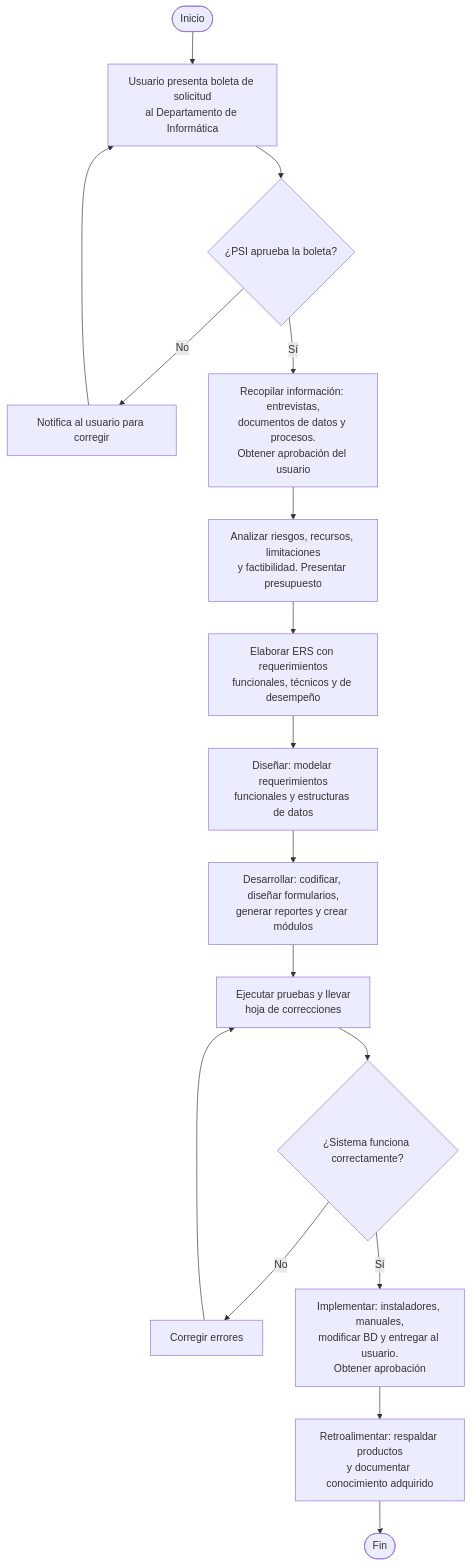
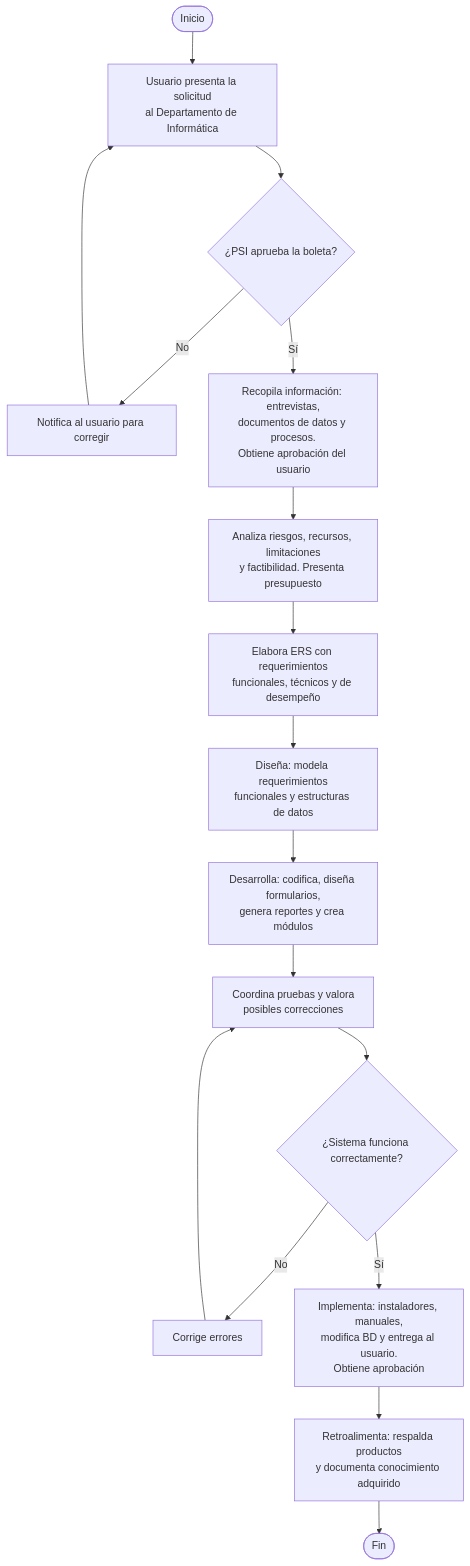
One commit to InformaticaMPZ/EsquemaDeProcedimientosMPZ changed the diagram in mantenimiento_de_los_sistemas_informaticos.md. Above: the diagram before and after it, drawn with Mermaid. The commit also changed 13 other files, not shown here.

Commit message:
fix: diagrams

````diff
--- a/mantenimiento_de_los_sistemas_informaticos.md
+++ b/mantenimiento_de_los_sistemas_informaticos.md
@@ -1,32 +1,32 @@
 ```mermaid
 flowchart TD
-    A([Inicio]) --> B[Usuario presenta boleta de solicitud<br/>al Departamento de Informática]
+    A([Inicio]) --> B[Usuario presenta la solicitud<br/>al Departamento de Informática]
 
     B --> C{¿PSI aprueba la boleta?}
 
     C -- No --> D[Notifica al usuario para corregir]
     D --> B
 
-    C -- Sí --> E[Recopilar información: entrevistas,<br/>documentos de datos y procesos.<br/>Obtener aprobación del usuario]
+    C -- Sí --> E[Recopila información: entrevistas,<br/>documentos de datos y procesos.<br/>Obtiene aprobación del usuario]
 
-    E --> F[Analizar riesgos, recursos, limitaciones<br/>y factibilidad. Presentar presupuesto]
+    E --> F[Analiza riesgos, recursos, limitaciones<br/>y factibilidad. Presenta presupuesto]
 
-    F --> G[Elaborar ERS con requerimientos<br/>funcionales, técnicos y de desempeño]
+    F --> G[Elabora ERS con requerimientos<br/>funcionales, técnicos y de desempeño]
 
-    G --> H[Diseñar: modelar requerimientos<br/>funcionales y estructuras de datos]
+    G --> H[Diseña: modela requerimientos<br/>funcionales y estructuras de datos]
 
-    H --> I[Desarrollar: codificar, diseñar formularios,<br/>generar reportes y crear módulos]
+    H --> I[Desarrolla: codifica, diseña formularios,<br/>genera reportes y crea módulos]
 
-    I --> J[Ejecutar pruebas y llevar<br/>hoja de correcciones]
+    I --> J[Coordina pruebas y valora<br/>posibles correcciones]
 
     J --> K{¿Sistema funciona correctamente?}
 
-    K -- No --> L[Corregir errores]
+    K -- No --> L[Corrige errores]
     L --> J
 
-    K -- Sí --> M[Implementar: instaladores, manuales,<br/>modificar BD y entregar al usuario.<br/>Obtener aprobación]
+    K -- Sí --> M[Implementa: instaladores, manuales,<br/>modifica BD y entrega al usuario.<br/>Obtiene aprobación]
 
-    M --> N[Retroalimentar: respaldar productos<br/>y documentar conocimiento adquirido]
+    M --> N[Retroalimenta: respalda productos<br/>y documenta conocimiento adquirido]
 
     N --> FIN([Fin])
 ```
````
